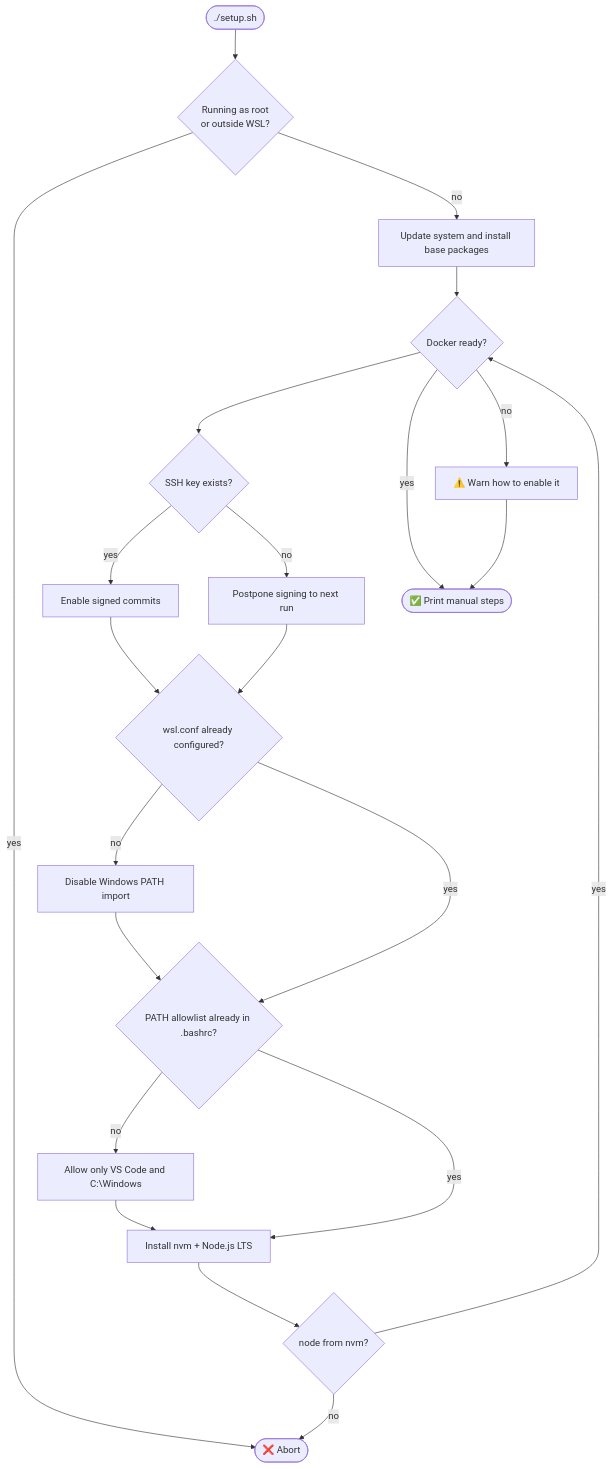
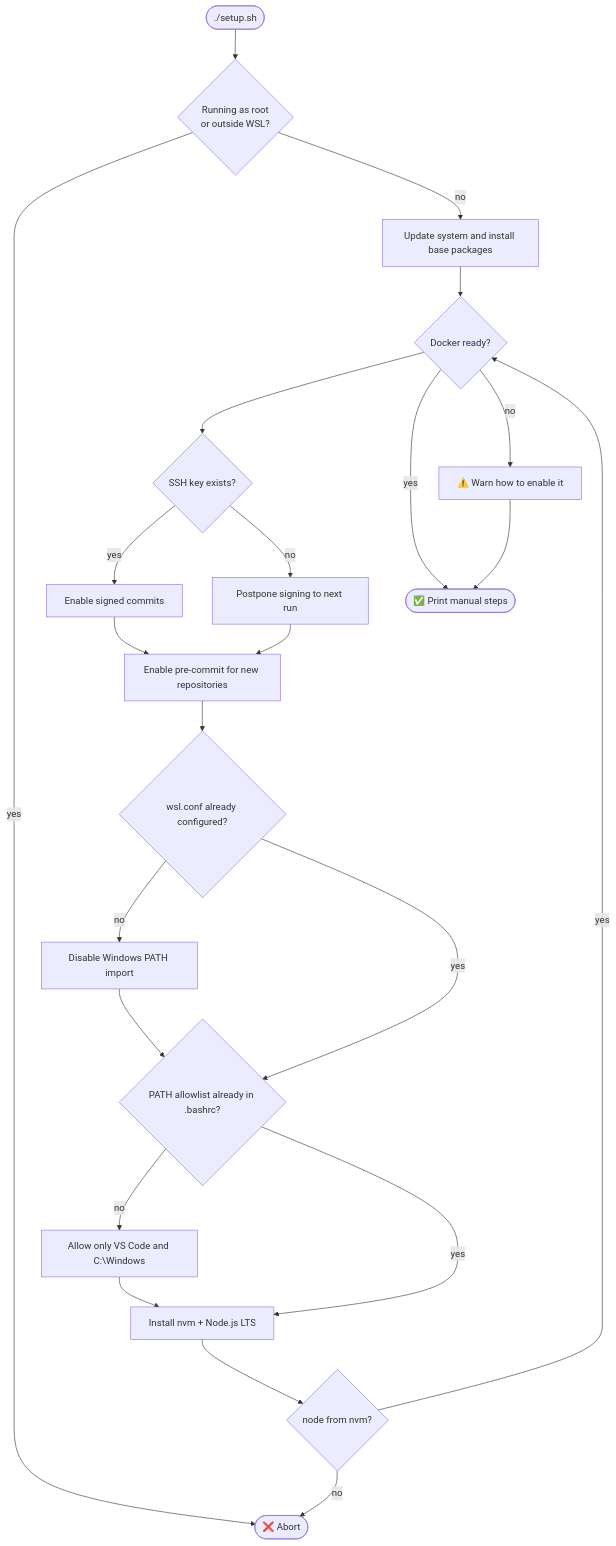
Before and after one commit to ADSLustosa/secure-wsl-devkit: the diagram in README.md, drawn with Mermaid. The commit also changed other lines of this file and 14 other files, not shown here.

Commit message:
docs: documenta a varredura de segredos e avança o roadmap

````diff
--- a/README.md
+++ b/README.md
@@ -84,23 +85,24 @@
 ```mermaid
 flowchart TD
     A([./setup.sh]) --> B{Running as root<br/>or outside WSL?}
     B -- yes --> X([❌ Abort])
     B -- no --> C[Update system and install base packages]
     C --> D[Configure Git]
     D --> E{SSH key exists?}
     E -- yes --> F[Enable signed commits]
     E -- no --> G[Postpone signing to next run]
-    F --> H{wsl.conf already configured?}
-    G --> H
+    F --> P[Enable pre-commit for new repositories]
+    G --> P
+    P --> H{wsl.conf already configured?}
     H -- no --> I[Disable Windows PATH import]
     H -- yes --> J
     I --> J{PATH allowlist already in .bashrc?}
     J -- no --> K[Allow only VS Code and C:\Windows]
     J -- yes --> L
     K --> L[Install nvm + Node.js LTS]
     L --> M{node from nvm?}
     M -- no --> X
     M -- yes --> D{Docker ready?}
     D -- yes --> N([✅ Print manual steps])
     D -- no --> W[⚠️ Warn how to enable it] --> N
 ```
````
